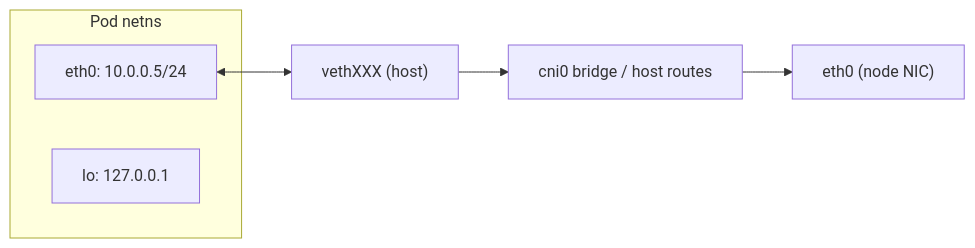
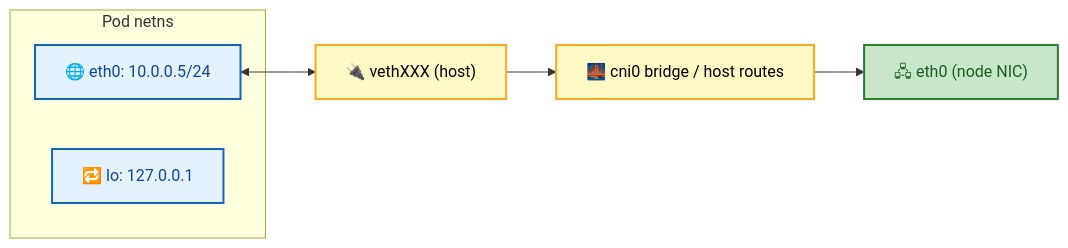
The sixth of 9 diagrams in kubernetes/01-CONTAINER-FUNDAMENTALS.md (rakesh-budde/devops-guide), drawn with Mermaid before and after one commit. The commit also changed other lines of this file and 73 other files, not shown here.

````diff
--- a/kubernetes/01-CONTAINER-FUNDAMENTALS.md
+++ b/kubernetes/01-CONTAINER-FUNDAMENTALS.md
@@ -169,10 +368,19 @@
 ```mermaid
 graph LR
     subgraph Pod netns
-        eth0["eth0: 10.0.0.5/24"]
-        lo["lo: 127.0.0.1"]
+        eth0["🌐 eth0: 10.0.0.5/24"]
+        lo["🔁 lo: 127.0.0.1"]
     end
-    eth0 <--> vethhost["vethXXX (host)"]
-    vethhost --> bridge["cni0 bridge / host routes"]
-    bridge --> eth0host["eth0 (node NIC)"]
+    eth0 <--> vethhost["🔌 vethXXX (host)"]
+    vethhost --> bridge["🌉 cni0 bridge / host routes"]
+    bridge --> eth0host["🖧 eth0 (node NIC)"]
+    class eth0,lo start;
+    class vethhost,bridge proc;
+    class eth0host good;
+    classDef start fill:#e3f2fd,stroke:#1565c0,color:#0d47a1,stroke-width:2px;
+    classDef proc fill:#fff9c4,stroke:#f9a825,color:#000,stroke-width:2px;
+    classDef good fill:#c8e6c9,stroke:#2e7d32,color:#1b5e20,stroke-width:2px;
+    classDef bad fill:#ffcdd2,stroke:#c62828,color:#b71c1c,stroke-width:2px;
+    classDef ctrl fill:#e1bee7,stroke:#6a1b9a,color:#4a148c,stroke-width:2px;
+    classDef store fill:#ffe0b2,stroke:#e65100,color:#000,stroke-width:2px;
 ```
````
